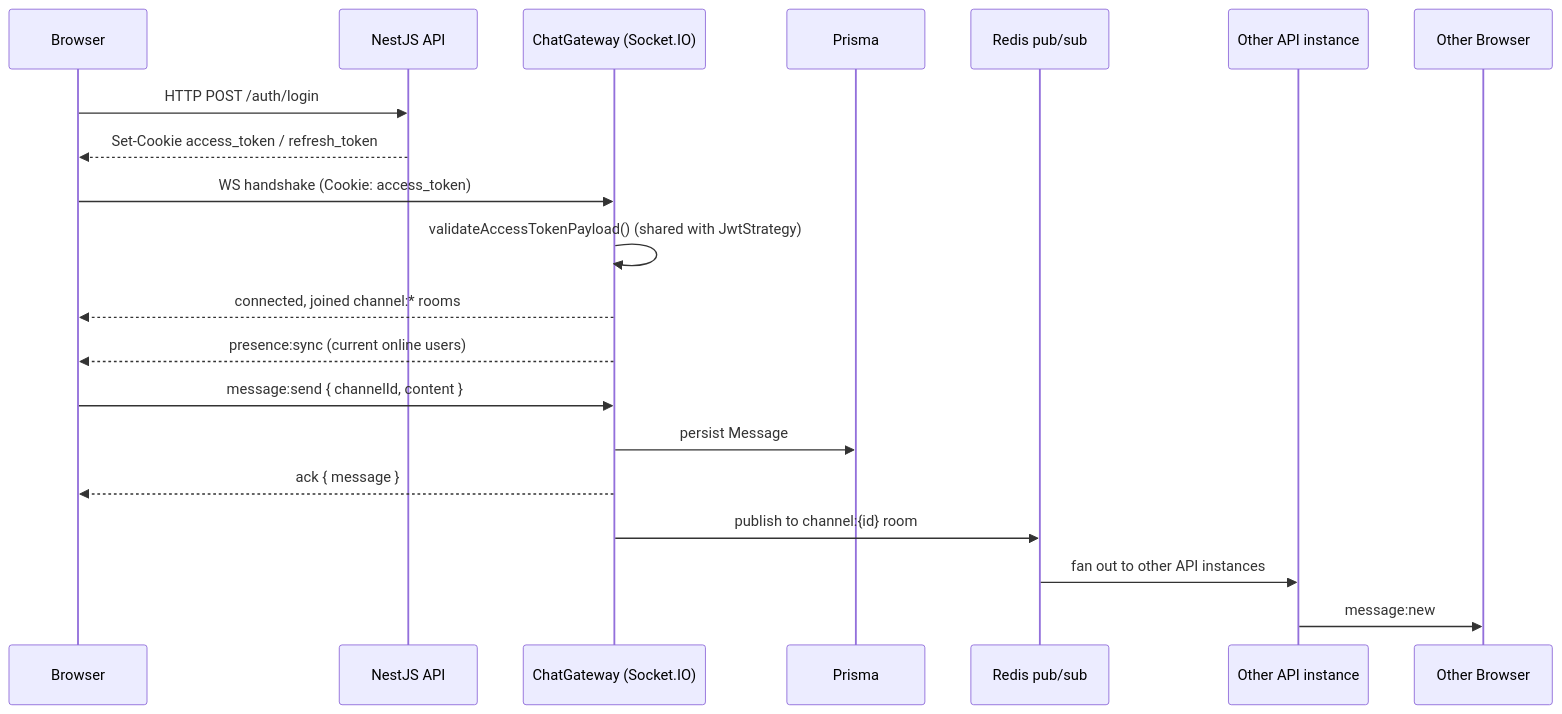
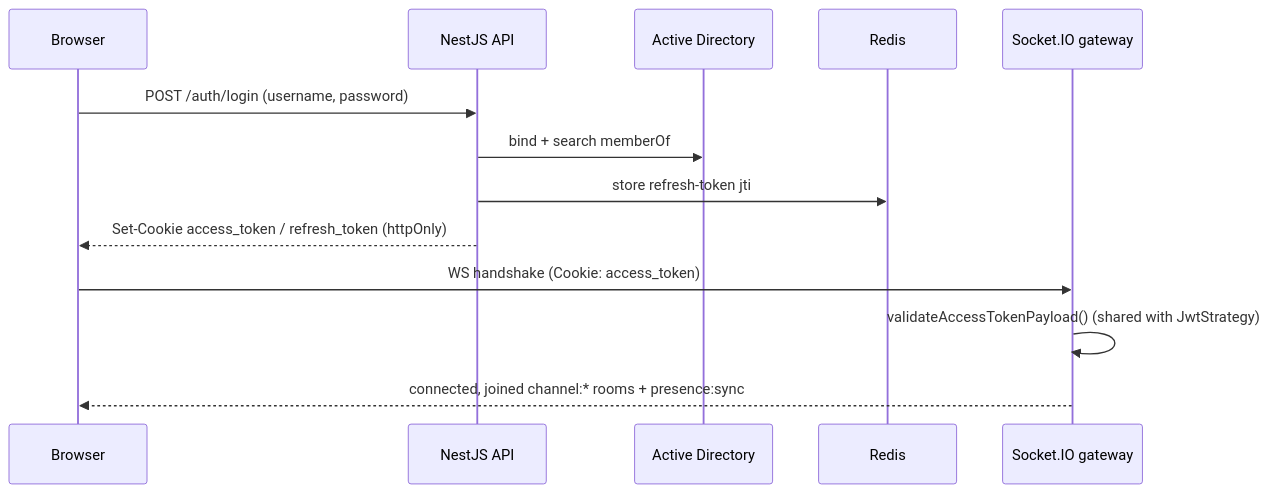
One commit to trashmaghe/elyzian changed the second of 3 diagrams in docs/architecture.md. Above: the diagram before and after it, drawn with Mermaid. The commit also changed other lines of this file and 3 other files, not shown here.

First line of the commit message:
docs: full architecture diagram + structure cleanup

````diff
--- a/docs/architecture.md
+++ b/docs/architecture.md
@@ -25,25 +72,17 @@
 ```mermaid
 sequenceDiagram
   participant Browser
   participant API as NestJS API
-  participant Gateway as ChatGateway (Socket.IO)
-  participant Prisma
-  participant Redis as Redis pub/sub
-  participant Other as Other API instance
-  participant Peer as Other Browser
+  participant AD as Active Directory
+  participant Redis
+  participant Gateway as Socket.IO gateway
 
-  Browser->>API: HTTP POST /auth/login
-  API-->>Browser: Set-Cookie access_token / refresh_token
+  Browser->>API: POST /auth/login (username, password)
+  API->>AD: bind + search memberOf
+  API->>Redis: store refresh-token jti
+  API-->>Browser: Set-Cookie access_token / refresh_token (httpOnly)
 
   Browser->>Gateway: WS handshake (Cookie: access_token)
   Gateway->>Gateway: validateAccessTokenPayload() (shared with JwtStrategy)
-  Gateway-->>Browser: connected, joined channel:* rooms
-  Gateway-->>Browser: presence:sync (current online users)
-
-  Browser->>Gateway: message:send { channelId, content }
-  Gateway->>Prisma: persist Message
-  Gateway-->>Browser: ack { message }
-  Gateway->>Redis: publish to channel:{id} room
-  Redis->>Other: fan out to other API instances
-  Other->>Peer: message:new
+  Gateway-->>Browser: connected, joined channel:* rooms + presence:sync
 ```
````
